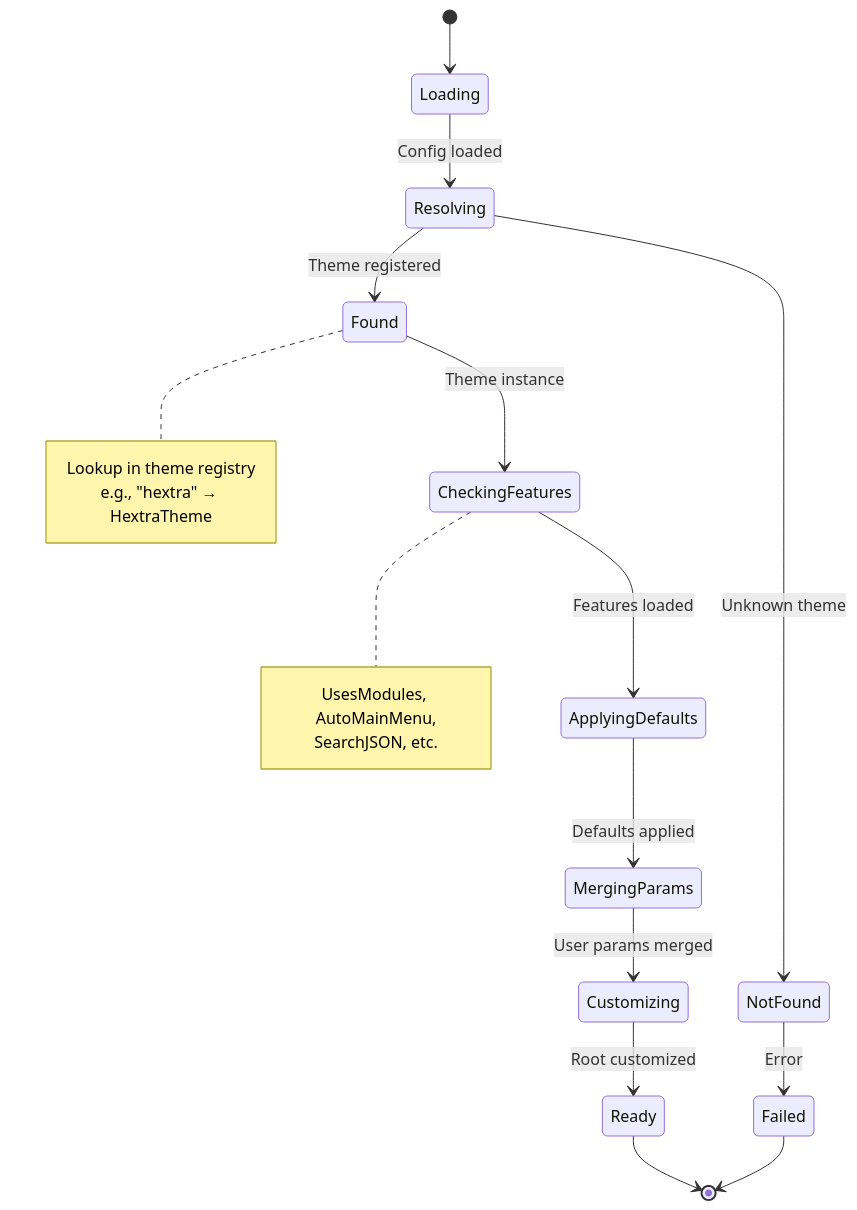
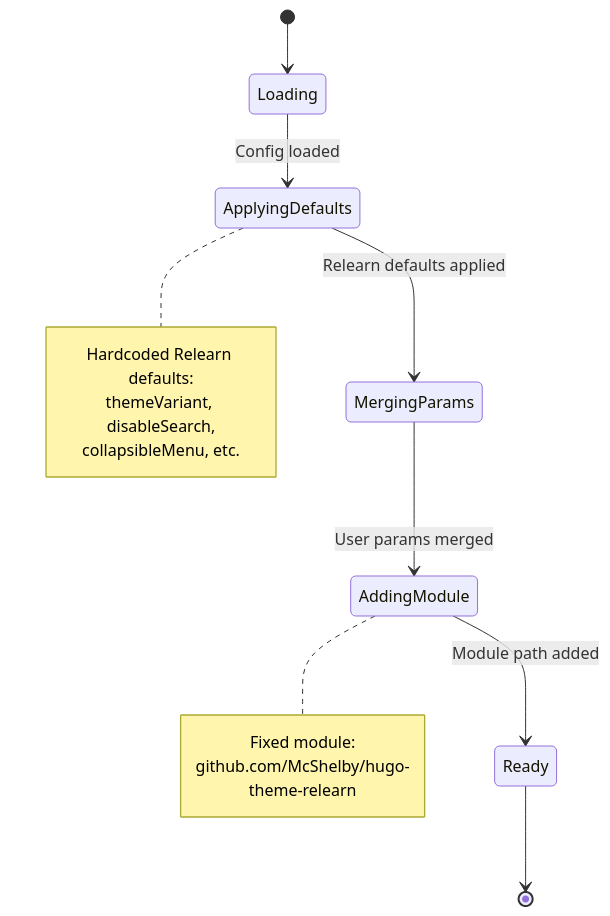
Before and after one commit to inful/docbuilder: the seventh of 7 diagrams in docs/explanation/architecture-diagrams.md, drawn with Mermaid. The commit also changed other lines of this file and 9 other files, not shown here.

First line of the commit message:
docs: update for single Relearn theme (remove Hextra/Docsy references)

````diff
--- a/docs/explanation/architecture-diagrams.md
+++ b/docs/explanation/architecture-diagrams.md
@@ -659,25 +642,20 @@
 ```mermaid
 stateDiagram-v2
     [*] --> Loading
-    Loading --> Resolving: Config loaded
-    Resolving --> Found: Theme registered
-    Resolving --> NotFound: Unknown theme
-    NotFound --> Failed: Error
-    Found --> CheckingFeatures: Theme instance
-    CheckingFeatures --> ApplyingDefaults: Features loaded
-    ApplyingDefaults --> MergingParams: Defaults applied
-    MergingParams --> Customizing: User params merged
-    Customizing --> Ready: Root customized
+    Loading --> ApplyingDefaults: Config loaded
+    ApplyingDefaults --> MergingParams: Relearn defaults applied
+    MergingParams --> AddingModule: User params merged
+    AddingModule --> Ready: Module path added
     Ready --> [*]
-    Failed --> [*]
     
-    note right of Found
-        Lookup in theme registry
-        e.g., "hextra" → HextraTheme
+    note right of ApplyingDefaults
+        Hardcoded Relearn defaults:
+        themeVariant, disableSearch,
+        collapsibleMenu, etc.
     end note
     
-    note right of CheckingFeatures
-        UsesModules, AutoMainMenu,
-        SearchJSON, etc.
+    note right of AddingModule
+        Fixed module:
+        github.com/McShelby/hugo-theme-relearn
     end note
 ```
````
